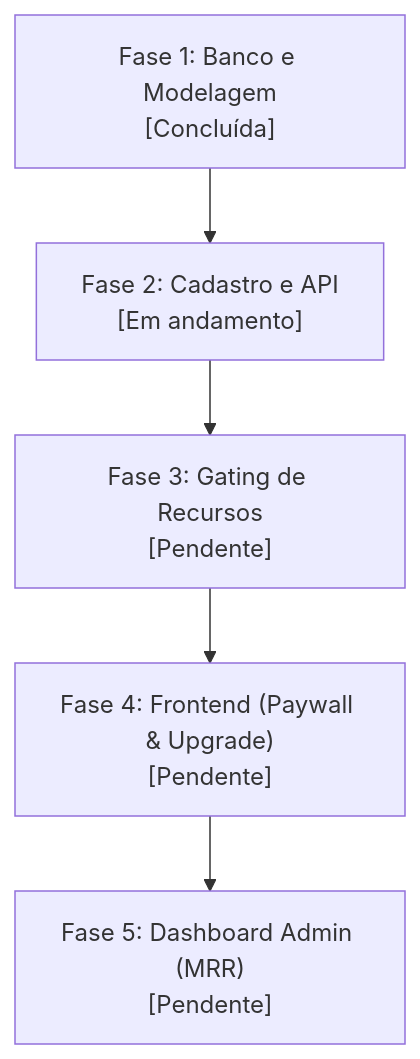
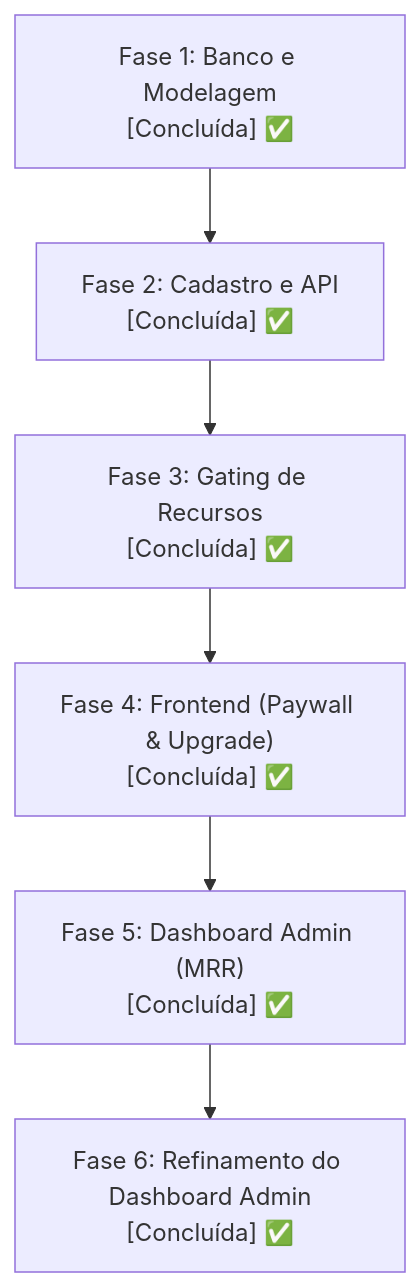
Before and after one commit to ctamanda/FinControl-ProjetoTP2: the diagram in docs/PLANO_ASSINATURAS.md, drawn with Mermaid. The commit also changed other lines of this file and 4 other files, not shown here.

````diff
--- a/docs/PLANO_ASSINATURAS.md
+++ b/docs/PLANO_ASSINATURAS.md
@@ -28,7 +28,8 @@
 ```mermaid
 flowchart TD
-    F1["Fase 1: Banco e Modelagem\n[Concluída]"] --> F2["Fase 2: Cadastro e API\n[Em andamento]"]
-    F2 --> F3["Fase 3: Gating de Recursos\n[Pendente]"]
-    F3 --> F4["Fase 4: Frontend (Paywall & Upgrade)\n[Pendente]"]
-    F4 --> F5["Fase 5: Dashboard Admin (MRR)\n[Pendente]"]
+    F1["Fase 1: Banco e Modelagem\n[Concluída] ✅"] --> F2["Fase 2: Cadastro e API\n[Concluída] ✅"]
+    F2 --> F3["Fase 3: Gating de Recursos\n[Concluída] ✅"]
+    F3 --> F4["Fase 4: Frontend (Paywall & Upgrade)\n[Concluída] ✅"]
+    F4 --> F5["Fase 5: Dashboard Admin (MRR)\n[Concluída] ✅"]
+    F5 --> F6["Fase 6: Refinamento do Dashboard Admin\n[Concluída] ✅"]
 ```
````
